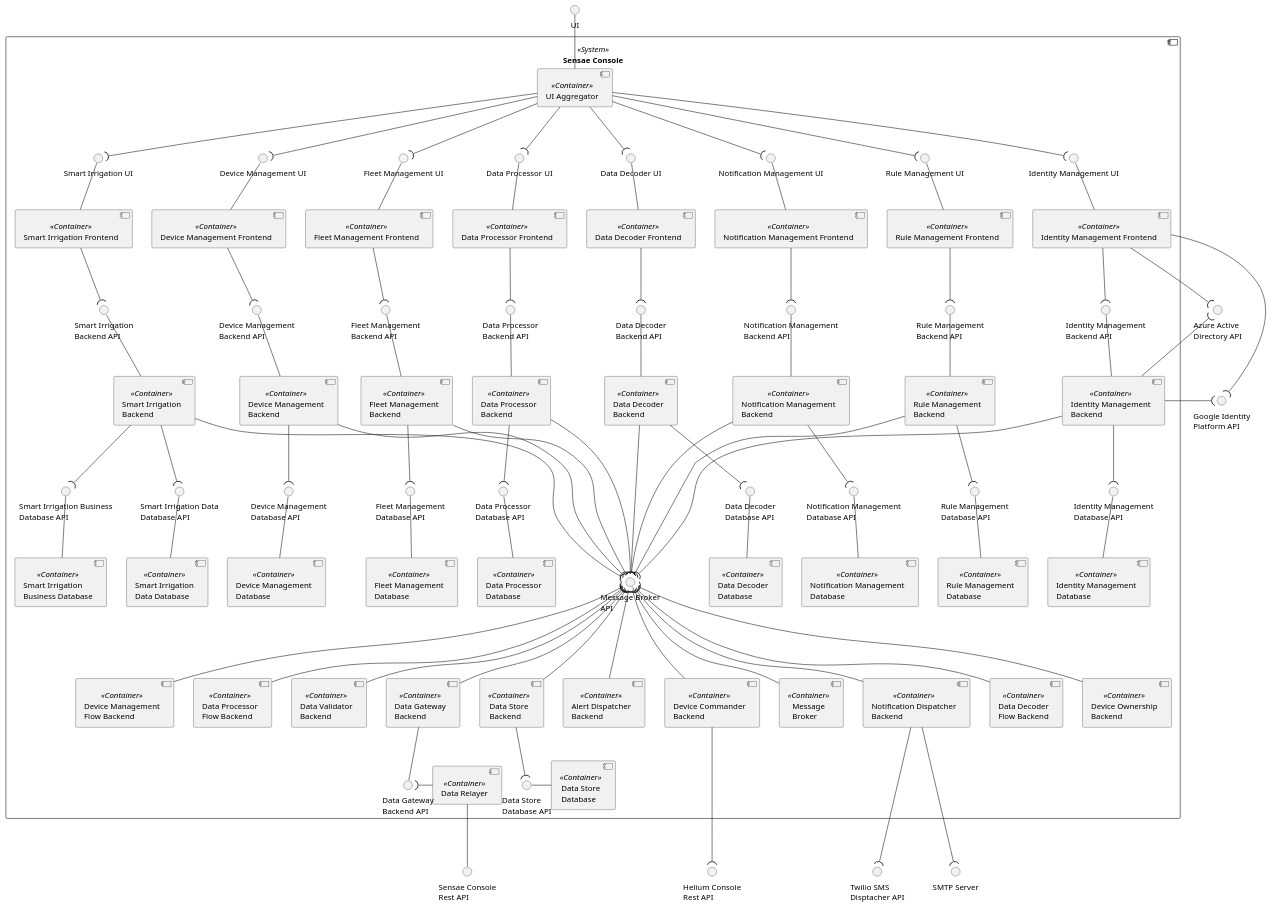
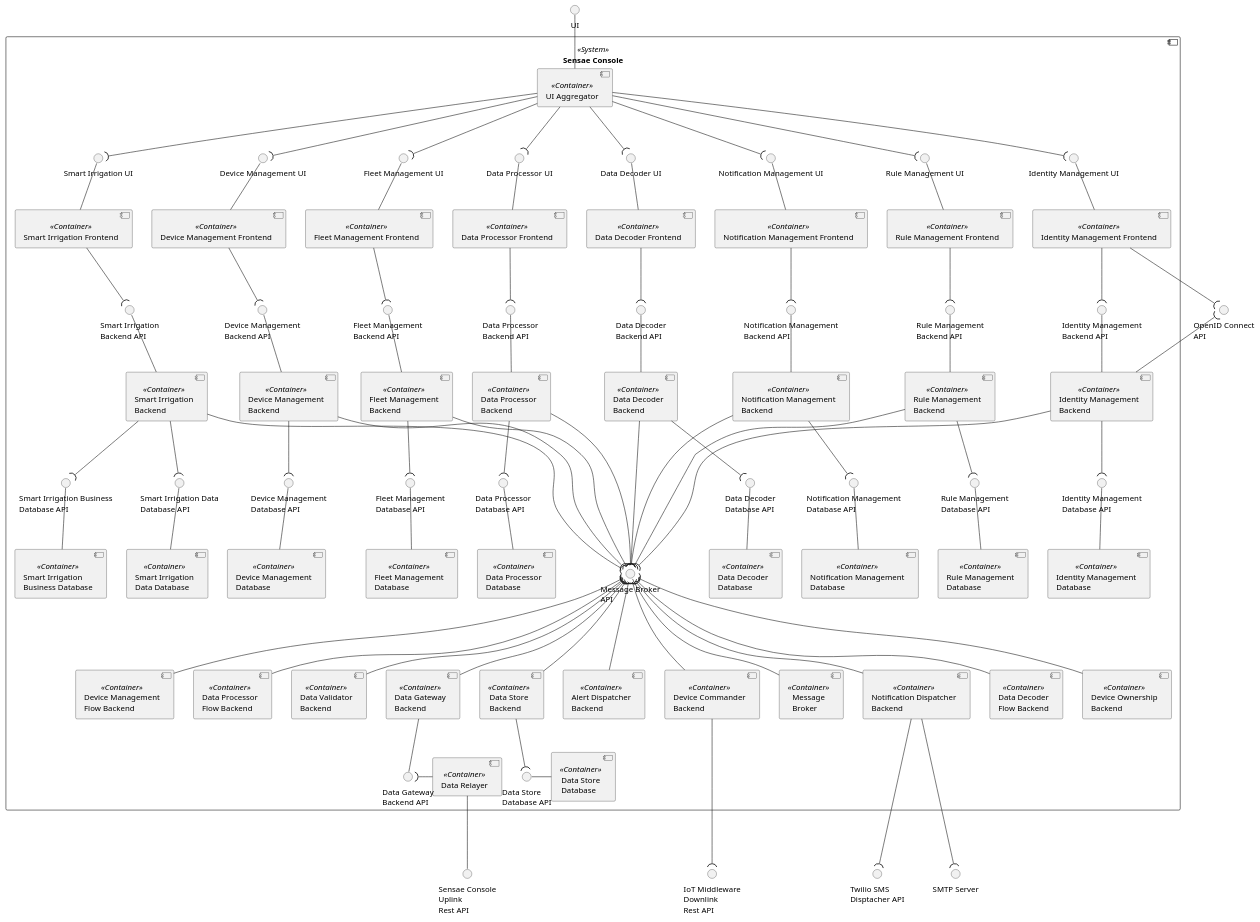
The diagram in assets/diagrams/design/architectural/level2/logical/complete.pu (FilipeMCruz/dissertation), drawn with PlantUML before and after one commit. The commit also changed 77 other files, not shown here.

Commit message:
Added some more diagrams

```diff
--- a/assets/diagrams/design/architectural/level2/logical/complete.pu
+++ b/assets/diagrams/design/architectural/level2/logical/complete.pu
@@ -1,189 +1,185 @@
 @startuml complete
 
 skinparam sequenceMessageAlign center
 skinparam Shadowing false
 skinparam componentStyle uml2
 skinparam packageStyle rectangle
 
 interface "UI" as UI
 
-interface "Sensae Console\nRest API" as IN_ENDPOINT
-interface "Helium Console\nRest API" as OUT_ENDPOINT
+interface "Sensae Console\nUplink\nRest API" as IN_ENDPOINT
+interface "IoT Middleware\nDownlink\nRest API" as OUT_ENDPOINT
 
 interface "Twilio SMS\nDisptacher API" as SMS_ENDPOINT
 interface "SMTP Server" as SMTP_ENDPOINT
 
-interface "Azure Active\nDirectory API" as AUTH_ENDPOINT
-interface "Google Identity\nPlatform API" as GOOGLE_ENDPOINT
+interface "OpenID Connect\nAPI" as AUTH_ENDPOINT
 
 component "Sensae Console" <<System>> {
     component "UI Aggregator" as UIAG <<Container>>
     component "Fleet Management Frontend" as LTF <<Container>>
     component "Smart Irrigation Frontend" as SIF <<Container>>
     component "Device Management Frontend" as DRF <<Container>>
     component "Data Processor Frontend" as DPF <<Container>>
     component "Data Decoder Frontend" as DDF <<Container>>
     component "Identity Management Frontend" as IAMF <<Container>>
     component "Rule Management Frontend" as RULE_MAN_FRONT <<Container>>
     component "Notification Management Frontend" as NOTIF_MAN_FRONT <<Container>>
 
     interface "Fleet Management UI" as LTF_API
     interface "Smart Irrigation UI" as SIF_API
     interface "Device Management UI" as DRF_API
     interface "Data Processor UI" as DPF_API
     interface "Data Decoder UI" as DDF_API
     interface "Identity Management UI" as IAMF_API
     interface "Rule Management UI" as RULE_MAN_FRONT_API
     interface "Notification Management UI" as NOTIF_MAN_FRONT_API
 
     LTF_API -- LTF
     SIF_API -- SIF
     DRF_API -- DRF
     DPF_API -- DPF
     DDF_API -- DDF
     IAMF_API -- IAMF
     RULE_MAN_FRONT_API -- RULE_MAN_FRONT
     NOTIF_MAN_FRONT_API -- NOTIF_MAN_FRONT
 
     UIAG --( LTF_API
     UIAG --( SIF_API
     UIAG --( DRF_API
     UIAG --( DPF_API
     UIAG --( DDF_API
     UIAG --( IAMF_API
     UIAG --( RULE_MAN_FRONT_API
     UIAG --( NOTIF_MAN_FRONT_API
 
     component "Message\nBroker" as MB <<Container>>
 
     component "Fleet Management\nBackend" as LTB <<Container>>
     component "Smart Irrigation\nBackend" as SIB <<Container>>
     component "Device Management\nBackend" as DRB <<Container>>
     component "Device Management\nFlow Backend" as DRSB <<Container>>
     component "Data Gateway\nBackend" as DDG <<Container>>
     component "Data Relayer" as DR <<Container>>
     component "Data Processor\nFlow Backend" as DPSB <<Container>>
     component "Data Processor\nBackend" as DPB <<Container>>
     component "Data Decoder\nFlow Backend" as DDSB <<Container>>
     component "Data Decoder\nBackend" as DDB <<Container>>
     component "Data Validator\nBackend" as DVB <<Container>>
     component "Device Management\nDatabase" as DRDB <<Container>>
     component "Data Processor\nDatabase" as DPDB <<Container>>
     component "Data Decoder\nDatabase" as DDDB <<Container>>
     component "Identity Management\nDatabase" as IAMDB <<Container>>
     component "Data Store\nBackend" as DS <<Container>>
     component "Fleet Management\nDatabase" as QUESTDB <<Container>>
     component "Data Store\nDatabase" as MONGODB <<Container>>
     component "Smart Irrigation\nData Database" as SIDDB <<Container>>
     component "Smart Irrigation\nBusiness Database" as SIBDB <<Container>>
     component "Identity Management\nBackend" as IAMB <<Container>>
     component "Device Ownership\nBackend" as IAMSB <<Container>>
     component "Device Commander\nBackend" as DCB <<Container>>
 
     component "Rule Management\nBackend" as RULE_MAN_BACK <<Container>>
     component "Rule Management\nDatabase" as RULE_MAN_DB <<Container>>
     component "Alert Dispatcher\nBackend" as ALERT_BACK <<Container>>
 
     component "Notification Management\nBackend" as NOTIF_MAN_BACK <<Container>>
     component "Notification Management\nDatabase" as NOTIF_MAN_DB <<Container>>
     component "Notification Dispatcher\nBackend" as NOTIF_BACK <<Container>>
 
     interface "Message Broker\nAPI" as MB_API
     interface "Fleet Management\nBackend API" as LTB_API
     interface "Smart Irrigation\nBackend API" as SIB_API
     interface "Device Management\nBackend API" as DRB_API
     interface "Data Processor\nBackend API" as DPB_API
     interface "Data Decoder\nBackend API" as DDMB_API
     interface "Device Management\nDatabase API" as DRDB_API
     interface "Data Processor\nDatabase API" as DPDB_API
     interface "Data Decoder\nDatabase API" as DDDB_API
     interface "Identity Management\nDatabase API" as IAMDB_API
     interface "Fleet Management\nDatabase API" as QUESTDB_API
     interface "Data Store\nDatabase API" as MONGODB_API
     interface "Smart Irrigation Data\nDatabase API" as SIDDB_API
     interface "Smart Irrigation Business\nDatabase API" as SIBDB_API
     interface "Data Gateway\nBackend API" as DDG_API
     interface "Identity Management\nBackend API" as IAMB_API
     interface "Rule Management\nBackend API" as RULE_MAN_BACK_API
     interface "Rule Management\nDatabase API" as RULE_MAN_DB_API
     interface "Notification Management\nBackend API" as NOTIF_MAN_BACK_API
     interface "Notification Management\nDatabase API" as NOTIF_MAN_DB_API
 
     LTB --( QUESTDB_API
     RULE_MAN_BACK --( RULE_MAN_DB_API
     NOTIF_MAN_BACK --( NOTIF_MAN_DB_API
     SIB --( SIDDB_API
     SIB --( SIBDB_API
     DS --( MONGODB_API
     DDG -- DDG_API
     DPB_API -- DPB
     DDMB_API -- DDB
     DRB_API -- DRB
     MB_API --- MB
     DRDB_API -- DRDB
     DPDB_API -- DPDB
     DDDB_API -- DDDB
     IAMDB_API -- IAMDB
     RULE_MAN_BACK_API -- RULE_MAN_BACK
     NOTIF_MAN_BACK_API -- NOTIF_MAN_BACK
     LTB_API -- LTB
     SIB_API -- SIB
     IAMB_API -- IAMB
     UI -- UIAG
     MONGODB_API - MONGODB
     QUESTDB_API -- QUESTDB
     RULE_MAN_DB_API -- RULE_MAN_DB
     NOTIF_MAN_DB_API -- NOTIF_MAN_DB
     SIDDB_API -- SIDDB
     SIBDB_API -- SIBDB
     DRB --( DRDB_API
     DRDB_API )-[hidden]- DRSB
     DPB --( DPDB_API
     DDB --( DDDB_API
     DPDB_API )-[hidden]- DPSB
     DDDB_API )-[hidden]- DDSB
     IAMB --( IAMDB_API
     IAMDB_API )-[hidden]- IAMSB
     LTF --( LTB_API
     SIF --( SIB_API
     DPF --( DPB_API
     DDF --( DDMB_API
     DRF --( DRB_API
     IAMF --( IAMB_API
     RULE_MAN_FRONT --( RULE_MAN_BACK_API
     NOTIF_MAN_FRONT --( NOTIF_MAN_BACK_API
 
     LTB ---( MB_API
     SIB ---( MB_API
     DRB ---( MB_API
     DPB ---( MB_API
     DDB ---( MB_API
     IAMB ---( MB_API
     RULE_MAN_BACK ---( MB_API
     NOTIF_MAN_BACK ---( MB_API
     MB_API )--- DS
     MB_API )--- DDG
     MB_API )--- DVB
     MB_API )--- DRSB
     MB_API )--- DPSB
     MB_API )--- DDSB
     MB_API )--- IAMSB
     MB_API )--- DCB
     MB_API )--- ALERT_BACK
     MB_API )--- NOTIF_BACK
 
     DR -- IN_ENDPOINT
     DDG_API )- DR
     DCB ---( OUT_ENDPOINT
     IAMF --( AUTH_ENDPOINT
     AUTH_ENDPOINT )-- IAMB
-    IAMF --( GOOGLE_ENDPOINT
-    GOOGLE_ENDPOINT )-- IAMB
 
     NOTIF_BACK ---( SMS_ENDPOINT
     NOTIF_BACK ---( SMTP_ENDPOINT
 
-    AUTH_ENDPOINT -[hidden]- GOOGLE_ENDPOINT
 }
 
 @enduml
```
